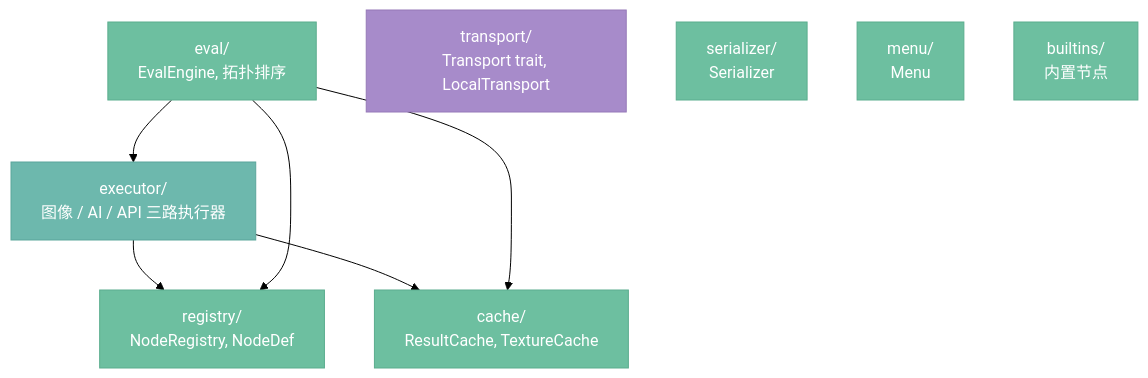
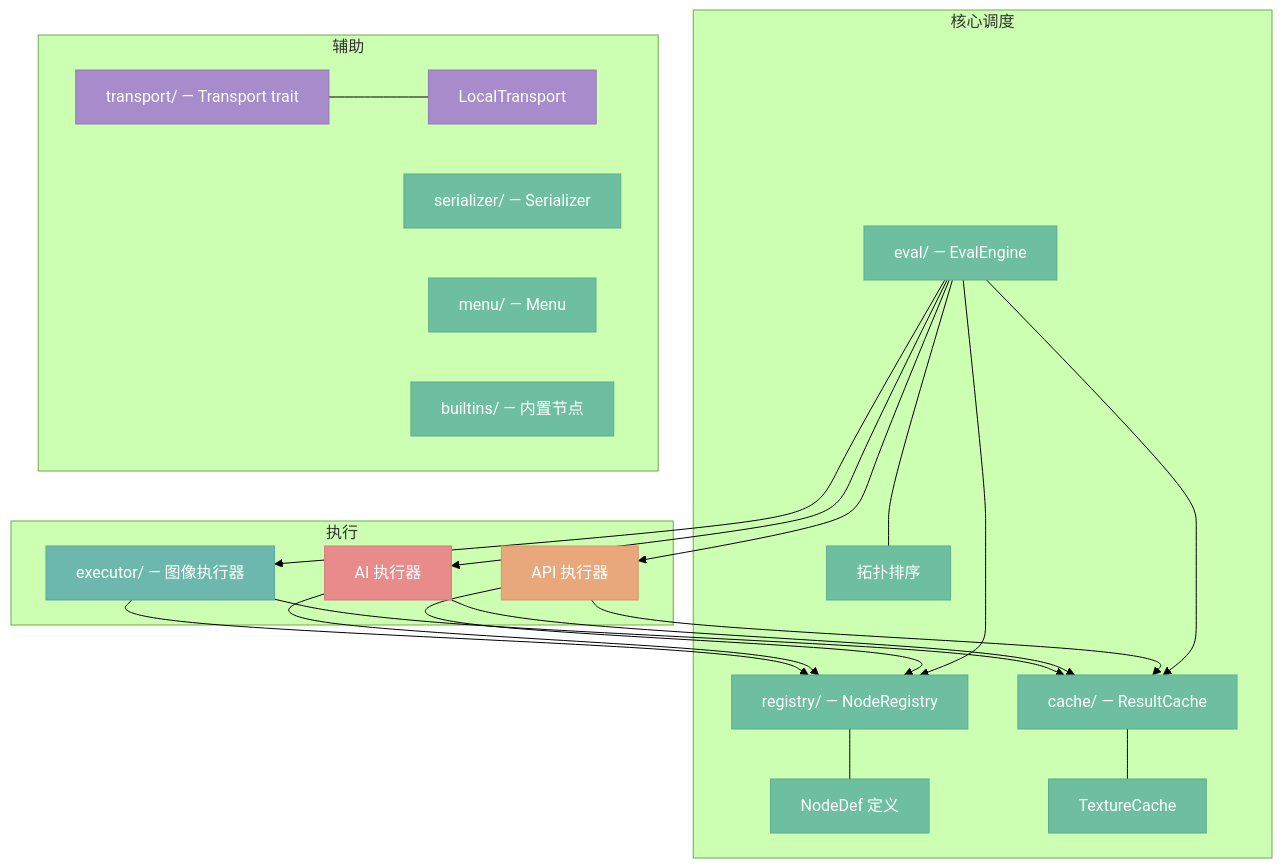
Before and after one commit to aporicho/nodeimg: the second of 3 diagrams in docs/target/02-service-layer.md, drawn with Mermaid (forest theme). The commit also changed other lines of this file and 18 other files, not shown here.

Commit message:
docs(target): v0 文档更新 + drawio 架构图

````diff
--- a/docs/target/02-service-layer.md
+++ b/docs/target/02-service-layer.md
@@ -66,26 +91,50 @@
 ```mermaid
 flowchart TD
-    registry["registry/\nNodeRegistry, NodeDef"]:::service
-    eval["eval/\nEvalEngine, 拓扑排序"]:::service
-    executor["executor/\n图像 / AI / API 三路执行器"]:::compute
-    cache["cache/\nResultCache, TextureCache"]:::service
-    transport["transport/\nTransport trait, LocalTransport"]:::transport
-    serializer["serializer/\nSerializer"]:::service
-    menu["menu/\nMenu"]:::service
-    builtins["builtins/\n内置节点"]:::service
+    subgraph CoreSchedule["核心调度"]
+        eval_engine["eval/ — EvalEngine"]:::service
+        eval_topo["拓扑排序"]:::service
+        registry_nr["registry/ — NodeRegistry"]:::service
+        registry_nd["NodeDef 定义"]:::service
+        cache_rc["cache/ — ResultCache"]:::service
+        cache_tc["TextureCache"]:::service
+        eval_engine --- eval_topo
+        registry_nr --- registry_nd
+        cache_rc --- cache_tc
+    end
 
-    executor --> registry
-    executor --> cache
-    eval --> executor
-    eval --> cache
-    eval --> registry
+    subgraph Exec["执行"]
+        exec_img["executor/ — 图像执行器"]:::compute
+        exec_ai["AI 执行器"]:::ai
+        exec_api["API 执行器"]:::api
+    end
+
+    subgraph Support["辅助"]
+        transport_trait["transport/ — Transport trait"]:::transport
+        transport_local["LocalTransport"]:::transport
+        serializer["serializer/ — Serializer"]:::service
+        menu["menu/ — Menu"]:::service
+        builtins["builtins/ — 内置节点"]:::service
+        transport_trait --- transport_local
+    end
+
+    exec_img --> registry_nr
+    exec_ai --> registry_nr
+    exec_api --> registry_nr
+    exec_img --> cache_rc
+    exec_ai --> cache_rc
+    exec_api --> cache_rc
+    eval_engine --> exec_img
+    eval_engine --> exec_ai
+    eval_engine --> exec_api
+    eval_engine --> cache_rc
+    eval_engine --> registry_nr
 
     classDef frontend    fill:#6C9BCF,stroke:#5A89BD,color:#fff
     classDef transport   fill:#A78BCA,stroke:#9579B8,color:#fff
     classDef service     fill:#6DBFA0,stroke:#5BAD8E,color:#fff
     classDef ai          fill:#E88B8B,stroke:#D67979,color:#fff
     classDef api         fill:#E8A87C,stroke:#D6966A,color:#fff
     classDef foundation  fill:#E8CC6E,stroke:#D6BA5C,color:#333
     classDef compute     fill:#6DB8AD,stroke:#5BA69B,color:#fff
     classDef future      fill:#B0B8C1,stroke:#9EA6AF,color:#fff,stroke-dasharray:5 5
 ```
````
